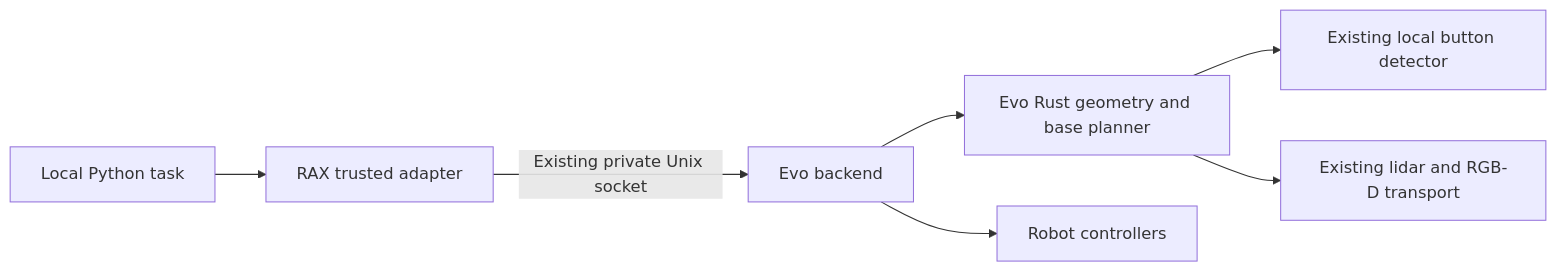
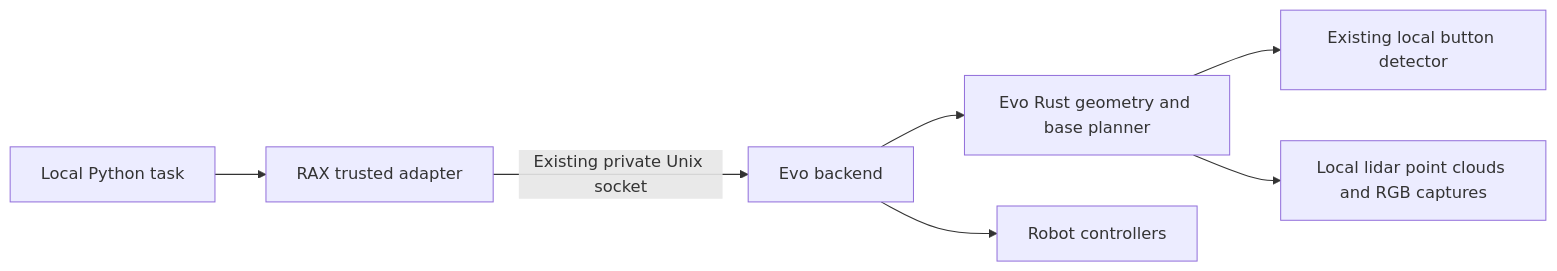
Before and after one commit to Kovari-Industries/rax: the second of 2 diagrams in docs/evo/ELEVATOR_PRIMITIVES.md, drawn with Mermaid. The commit also changed other lines of this file and 8 other files, not shown here.

````diff
--- a/docs/evo/ELEVATOR_PRIMITIVES.md
+++ b/docs/evo/ELEVATOR_PRIMITIVES.md
@@ -36,9 +36,9 @@
 ```mermaid
 flowchart LR
     P[Local Python task] --> A[RAX trusted adapter]
     A -->|Existing private Unix socket| E[Evo backend]
     E --> R[Evo Rust geometry and base planner]
     R --> D[Existing local button detector]
-    R --> S[Existing lidar and RGB-D transport]
+    R --> S[Local lidar point clouds and RGB captures]
     E --> C[Robot controllers]
 ```
````
